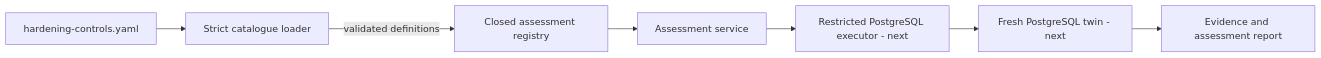
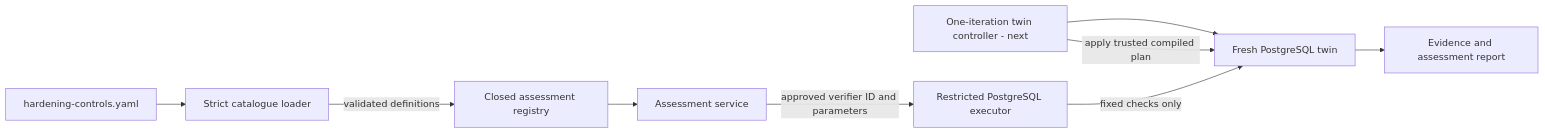
Before and after one commit to xylonc/DBGuard_AI: the second of 2 diagrams in README.md, drawn with Mermaid. The commit also changed other lines of this file and 6 other files, not shown here.

Commit message:
Add restricted PostgreSQL assessment executor

````diff
--- a/README.md
+++ b/README.md
@@ -139,9 +139,11 @@
 ```mermaid
 flowchart LR
     Y[hardening-controls.yaml] --> L[Strict catalogue loader]
     L -->|validated definitions| R[Closed assessment registry]
     R --> S[Assessment service]
-    S --> E[Restricted PostgreSQL executor - next]
-    E --> T[Fresh PostgreSQL twin - next]
+    C[One-iteration twin controller - next] --> T[Fresh PostgreSQL twin]
+    C -->|apply trusted compiled plan| T
+    S -->|approved verifier ID and parameters| E[Restricted PostgreSQL executor]
+    E -->|fixed checks only| T
     T --> O[Evidence and assessment report]
 ```
````
